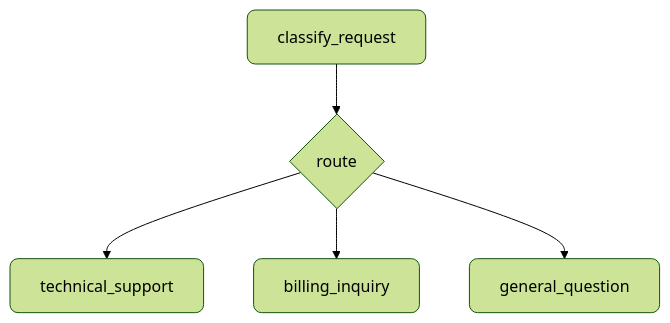
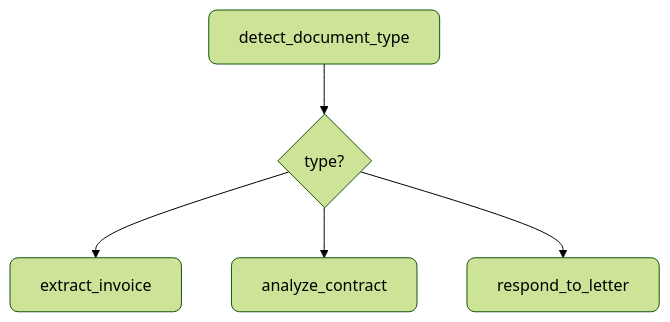
Before and after one commit to Muizzkolapo/agent-actions: the sixth of 7 diagrams in docs.agent-actions/docs/guides/design-patterns.md, drawn with Mermaid (forest theme). The commit also changed other lines of this file and 69 other files, not shown here.

````diff
--- a/docs.agent-actions/docs/guides/design-patterns.md
+++ b/docs.agent-actions/docs/guides/design-patterns.md
@@ -602,9 +686,9 @@
 ```mermaid
 flowchart TB
-    A[classify_request] --> B{route}
-    B --> C[technical_support]
-    B --> D[billing_inquiry]
-    B --> E[general_question]
+    A[detect_document_type] --> B{type?}
+    B --> C[extract_invoice]
+    B --> D[analyze_contract]
+    B --> E[respond_to_letter]
 
     classDef default rx:8,ry:8
 ```
````
